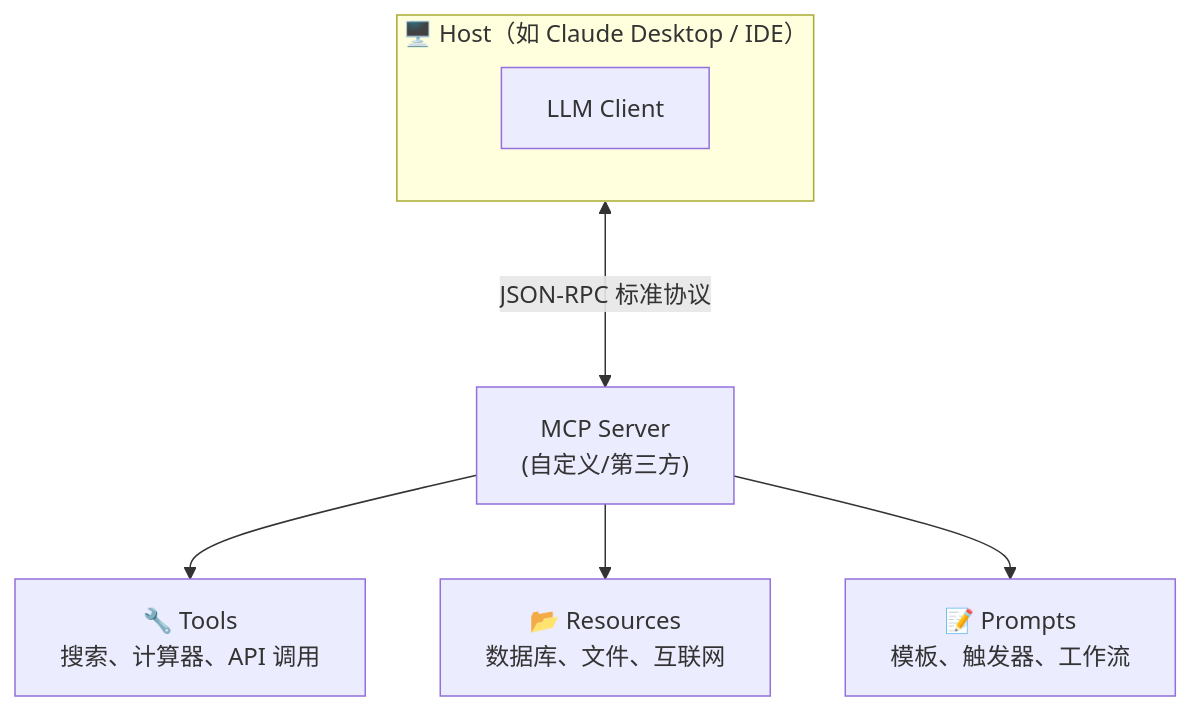
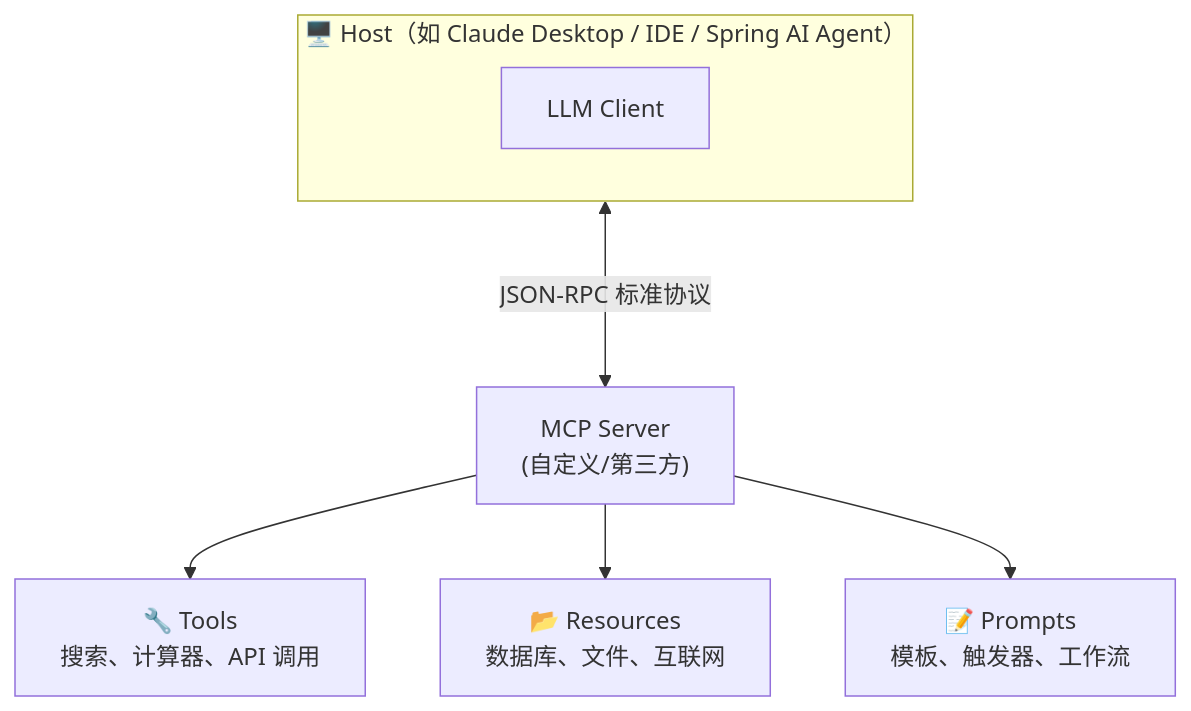
One commit to wb04307201/wb04307201 changed the sixth of 10 diagrams in note/11.ai/training/lesson1/README1.md. Above: the diagram before and after it, drawn with Mermaid. The commit also changed other lines of this file and 2 other files, not shown here.

````diff
--- a/note/11.ai/training/lesson1/README1.md
+++ b/note/11.ai/training/lesson1/README1.md
@@ -269,18 +430,18 @@
 ```mermaid
 graph TB
-    subgraph Host["🖥️ Host（如 Claude Desktop / IDE）"]
+    subgraph Host["🖥️ Host（如 Claude Desktop / IDE / Spring AI Agent）"]
         Client["LLM Client"]
     end
 
     Server["MCP Server<br/>(自定义/第三方)"]
 
     Host <--->|"JSON-RPC 标准协议"| Server
 
     C["🔧 Tools<br/>搜索、计算器、API 调用"]
     D["📂 Resources<br/>数据库、文件、互联网"]
     E["📝 Prompts<br/>模板、触发器、工作流"]
 
     Server --> C
     Server --> D
     Server --> E
 ```
````
